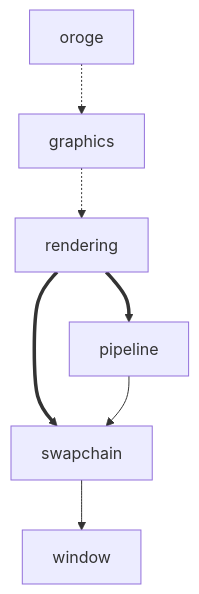
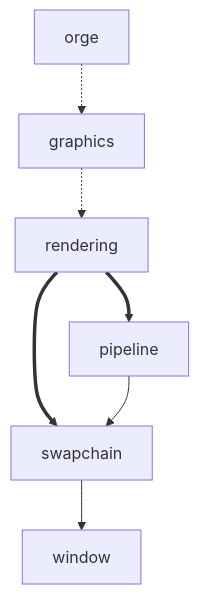
Before and after one commit to Tengu712/orge: the diagram in docs/ARCHITECTURE.md, drawn with Mermaid. The commit also changed 18 other files, not shown here.

````diff
--- a/docs/ARCHITECTURE.md
+++ b/docs/ARCHITECTURE.md
@@ -5,9 +5,9 @@
 ```mermaid
 graph TD
-    oroge -.-> graphics
+    orge -.-> graphics
     graphics -.-> rendering
     rendering ==> swapchain
     rendering ==> pipeline
     swapchain --> window
     pipeline --> swapchain
 ```
````
